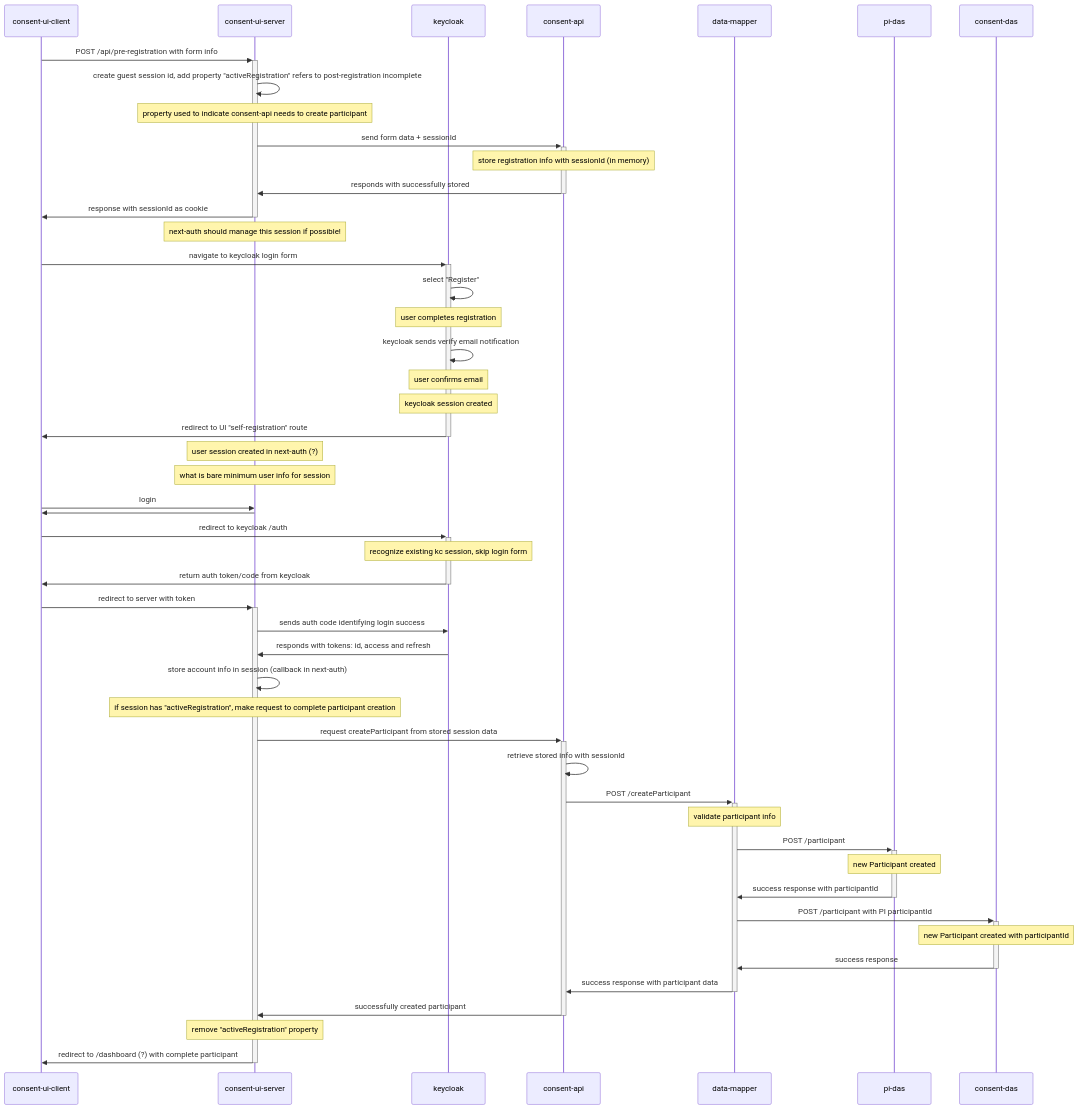
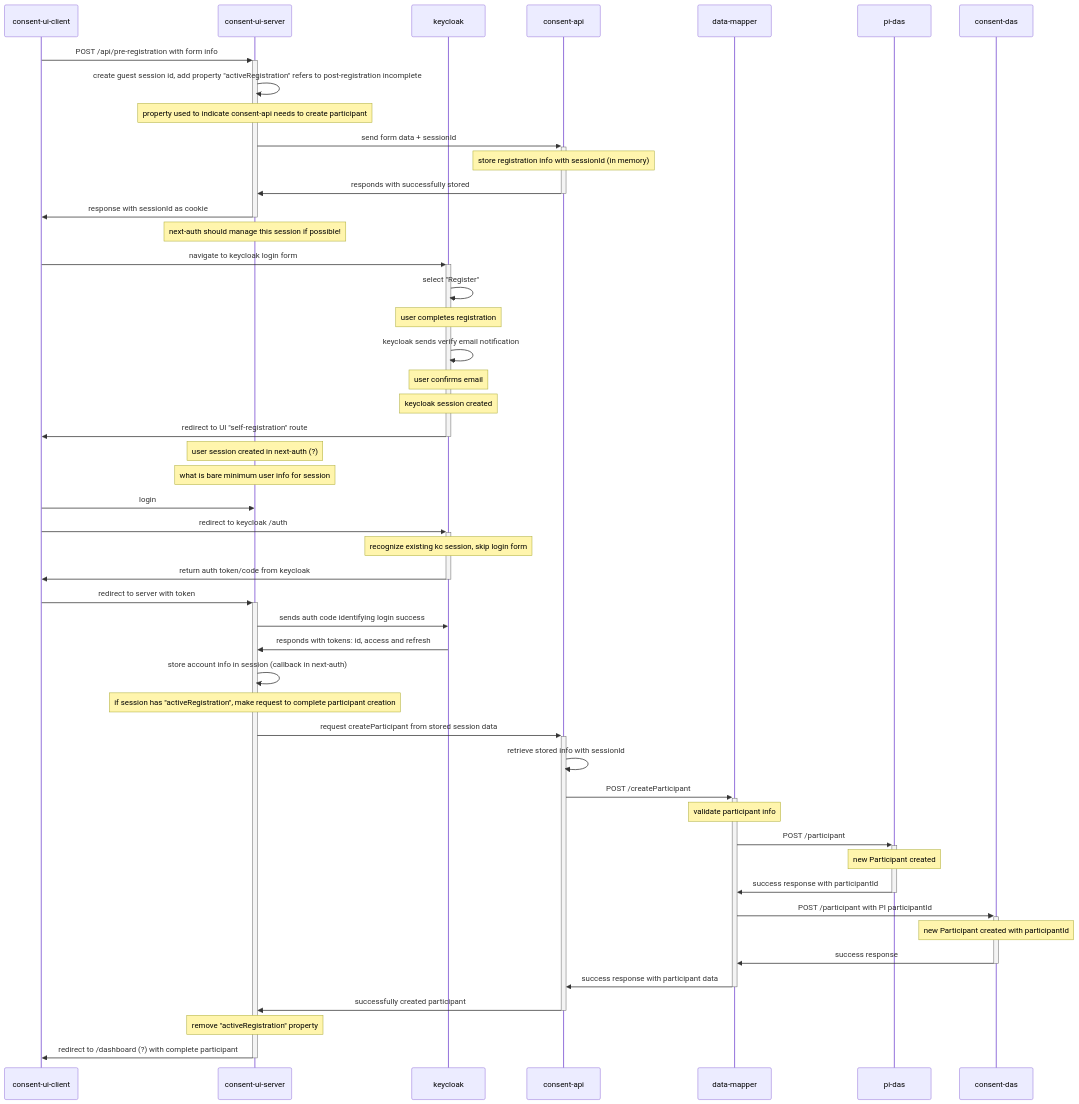
Before and after one commit to OHCRN/platform: the diagram in docs/registration-flow.md, drawn with Mermaid.

Commit message:
fix login pathway

````diff
--- a/docs/registration-flow.md
+++ b/docs/registration-flow.md
@@ -1,48 +1,47 @@
 ```mermaid
 sequenceDiagram
     participant client as consent-ui-client
     participant server as consent-ui-server
     participant keycloak
     client->>+server: POST /api/pre-registration with form info
     server->>server: create guest session id, add property "activeRegistration" refers to post-registration incomplete
     Note over server: property used to indicate consent-api needs to create participant
     server->>+consent-api: send form data + sessionId
     Note over consent-api: store registration info with sessionId (in memory)
     consent-api->>-server: responds with successfully stored
     server->>-client: response with sessionId as cookie
     Note over server: next-auth should manage this session if possible!
     client->>+keycloak: navigate to keycloak login form
     keycloak->>keycloak: select "Register"
     Note over keycloak: user completes registration
     keycloak->>keycloak: keycloak sends verify email notification
     Note over keycloak: user confirms email
     Note over keycloak: keycloak session created
     keycloak->>-client: redirect to UI "self-registration" route
     Note over server: user session created in next-auth (?)
     Note over server: what is bare minimum user info for session
     %% Note over consent-ui: if kc register req isolated from next auth, prompt user to login after registration redirect
     client->>server: login
-    server->>client: 
     client->>+keycloak: redirect to keycloak /auth
     Note over keycloak: recognize existing kc session, skip login form
     keycloak->>-client: return auth token/code from keycloak
     client->>+server: redirect to server with token
     server->>keycloak: sends auth code identifying login success
     keycloak->>server: responds with tokens: id, access and refresh
     server->>server: store account info in session (callback in next-auth)
     Note over server: if session has "activeRegistration", make request to complete participant creation
     server->>+consent-api: request createParticipant from stored session data
     consent-api->>consent-api: retrieve stored info with sessionId
     consent-api->>+data-mapper: POST /createParticipant
     Note over data-mapper: validate participant info
     data-mapper->>+pi-das: POST /participant
     Note over pi-das: new Participant created
     pi-das->>-data-mapper: success response with participantId
     data-mapper->>+consent-das: POST /participant with PI participantId
     Note over consent-das: new Participant created with participantId
     consent-das->>-data-mapper: success response
     data-mapper->>-consent-api: success response with participant data
     consent-api->>-server: successfully created participant
     Note over server: remove "activeRegistration" property
     server->>-client: redirect to /dashboard (?) with complete participant
 ```
````
